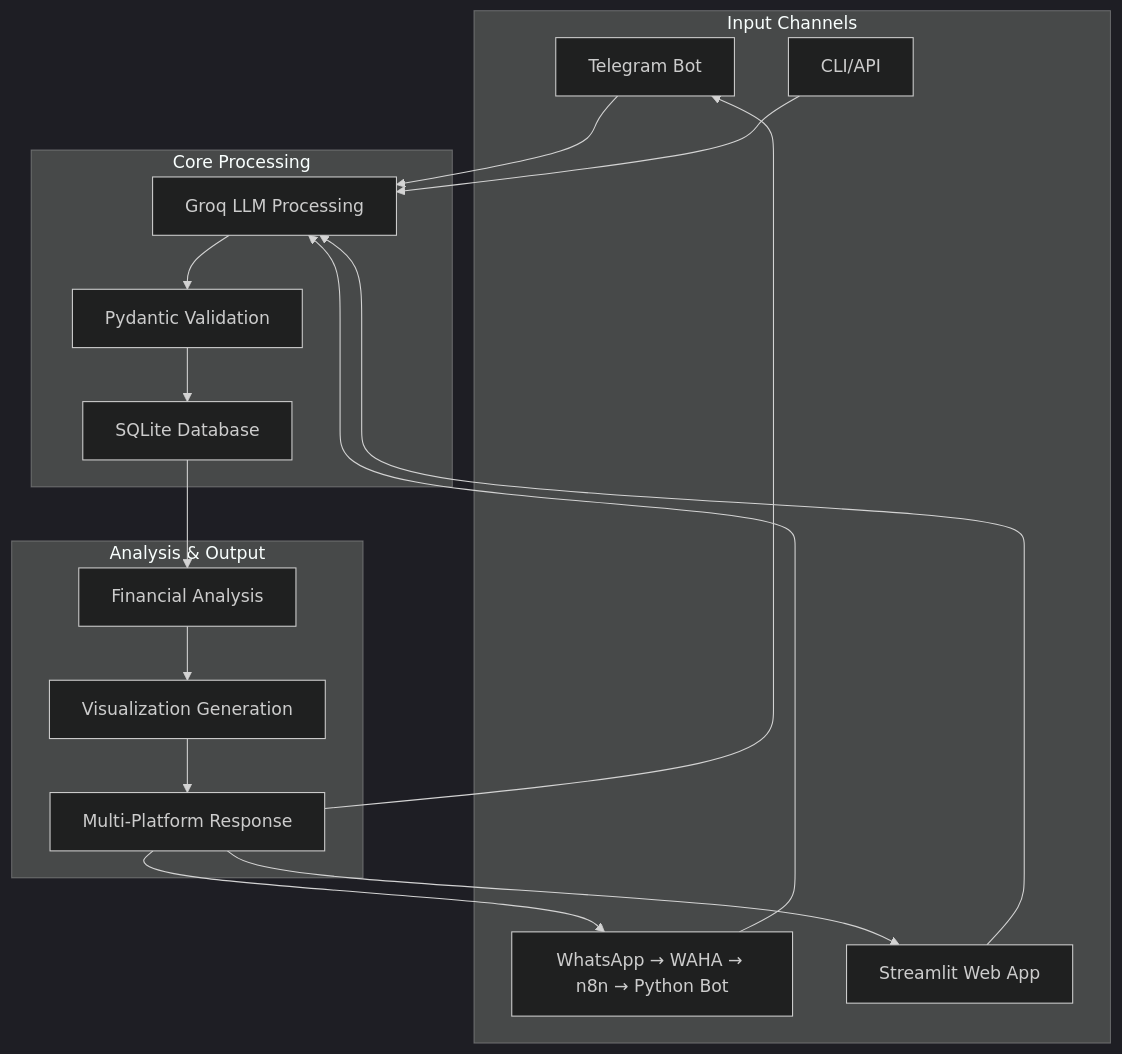
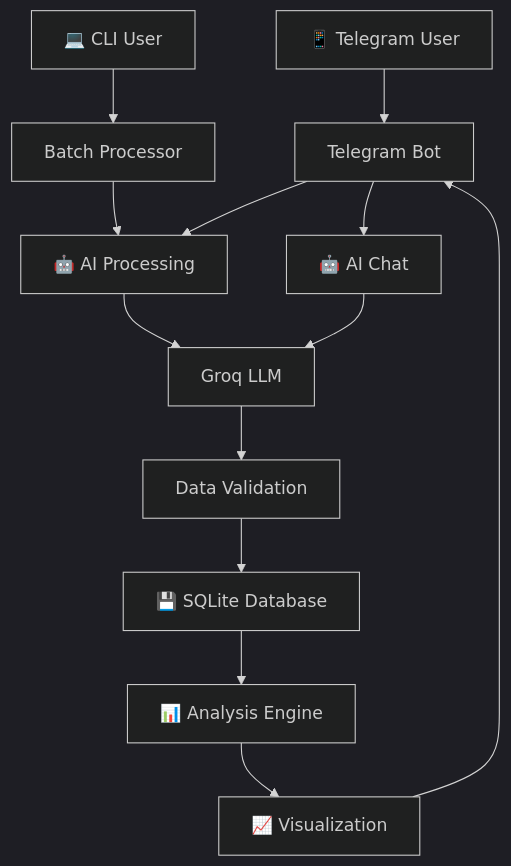
One commit to daruoktab/hackathon changed the diagram in README.md. Above: the diagram before and after it, drawn with Mermaid (dark theme). The commit also changed other lines of this file and 14 other files, not shown here.

````diff
--- a/README.md
+++ b/README.md
@@ -259,32 +346,19 @@
 ```mermaid
 graph TD
-    subgraph "Input Channels"
-        A[Telegram Bot] 
-        B[WhatsApp → WAHA → n8n → Python Bot]
-        C[Streamlit Web App]
-        D[CLI/API]
-    end
+    A[📱 Telegram User] --> B[Telegram Bot]
+    C[💻 CLI User] --> D[Batch Processor]
     
-    subgraph "Core Processing"
-        E[Groq LLM Processing]
-        F[Pydantic Validation]
-        G[SQLite Database]
-    end
-    
-    subgraph "Analysis & Output"
-        H[Financial Analysis]
-        I[Visualization Generation]
-        J[Multi-Platform Response]
-    end
-    
-    A --> E
-    B --> E
-    C --> E
+    B --> E[🤖 AI Processing]
     D --> E
     
-    E --> F --> G
-    G --> H --> I --> J
-    J --> A
+    E --> F[Groq LLM]
+    F --> G[Data Validation]
+    G --> H[💾 SQLite Database]
+    
+    H --> I[📊 Analysis Engine]
+    I --> J[📈 Visualization]
     J --> B
-    J --> C
+    
+    B --> K[🤖 AI Chat]
+    K --> F
 ```
````
